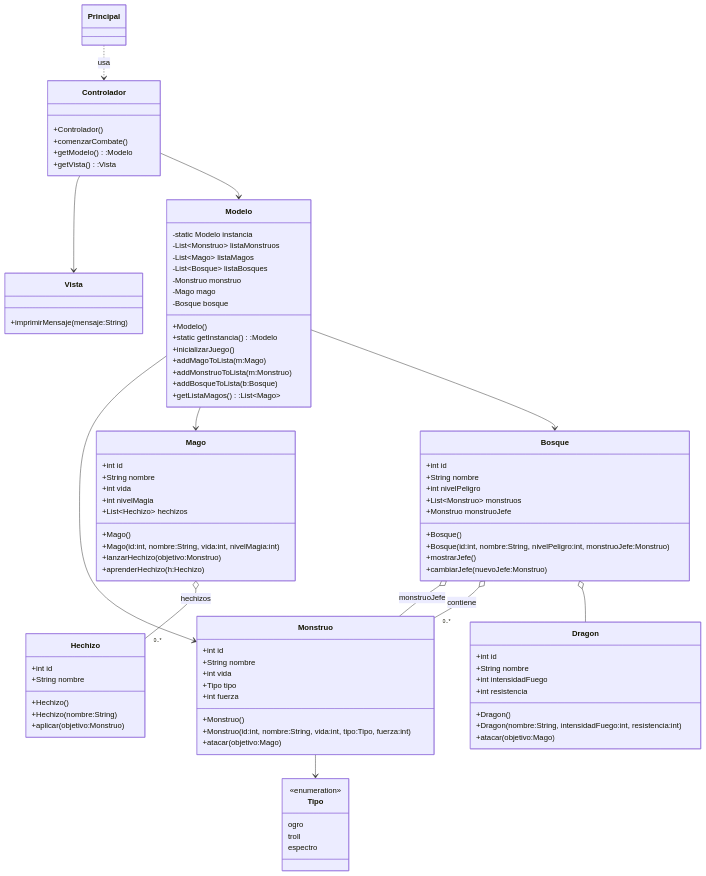
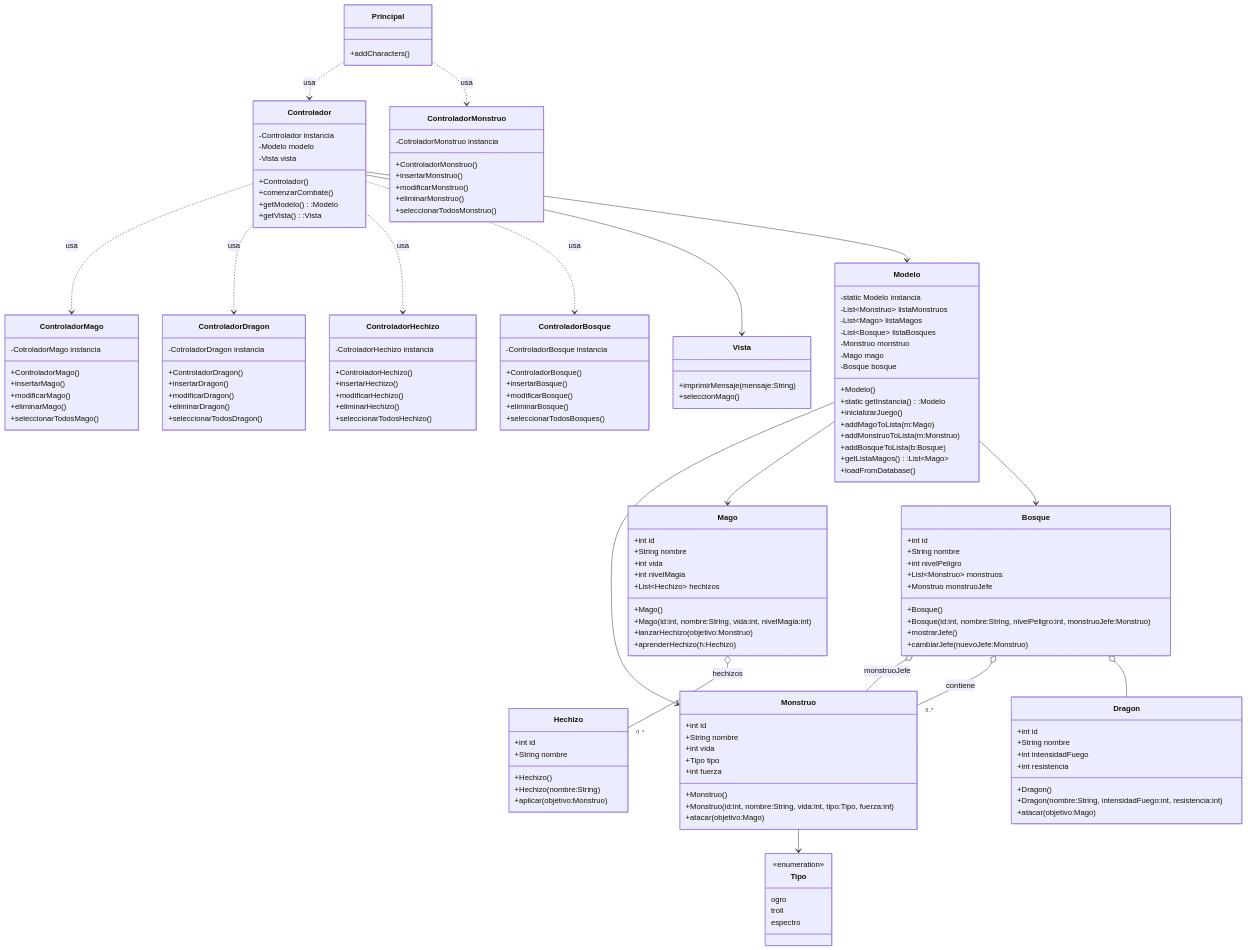
The first of 2 diagrams in README.md (a24yaniravc/dragolandia), drawn with Mermaid before and after one commit. The commit also changed other lines of this file, not shown here.

Commit message:
README actualizado

````diff
--- a/README.md
+++ b/README.md
@@ -8,6 +8,10 @@
 ```mermaid
 classDiagram
 direction TB
+
+class Principal {
+    +addCharacters()
+}
 
 class Monstruo {
     +int id
@@ -71,13 +75,62 @@
 
 class Vista {
     +imprimirMensaje(mensaje:String)
+    +seleccionMago()
 }
 
 class Controlador {
+    -Controlador instancia
+    -Modelo modelo
+    -Vista vista
     +Controlador()
     +comenzarCombate()
     +getModelo():Modelo
     +getVista():Vista
+}
+
+class ControladorBosque {
+    -ControladorBosque instancia
+    +ControladorBosque()
+    +insertarBosque()
+    +modificarBosque()
+    +eliminarBosque()
+    +seleccionarTodosBosques()
+}
+
+class ControladorDragon {
+    -CotroladorDragon instancia
+    +ControladorDragon()
+    +insertarDragon()
+    +modificarDragon()
+    +eliminarDragon()
+    +seleccionarTodosDragon()
+}
+
+class ControladorHechizo{
+    -CotroladorHechizo instancia
+    +ControladorHechizo()
+    +insertarHechizo()
+    +modificarHechizo()
+    +eliminarHechizo()
+    +seleccionarTodosHechizo()
+}
+
+class ControladorMago {
+    -CotroladorMago instancia
+    +ControladorMago()
+    +insertarMago()
+    +modificarMago()
+    +eliminarMago()
+    +seleccionarTodosMago()
+}
+
+class ControladorMonstruo {
+    -CotroladorMonstruo instancia
+    +ControladorMonstruo()
+    +insertarMonstruo()
+    +modificarMonstruo()
+    +eliminarMonstruo()
+    +seleccionarTodosMonstruo()
 }
 
 class Modelo {
@@ -95,6 +148,7 @@
     +addMonstruoToLista(m:Monstruo)
     +addBosqueToLista(b:Bosque)
     +getListaMagos():List~Mago~
+    +loadFromDatabase()
 }
 
 Monstruo --> Tipo
@@ -103,6 +157,11 @@
 Mago o-- "0..*" Hechizo : hechizos
 Bosque o-- Dragon
 Principal ..> Controlador : usa
+Principal ..> ControladorMonstruo : usa
+Controlador ..> ControladorMago : usa
+Controlador ..> ControladorDragon : usa
+Controlador ..> ControladorHechizo : usa
+Controlador ..> ControladorBosque : usa
 Controlador --> Vista
 Controlador --> Modelo
 Modelo --> Monstruo
````
